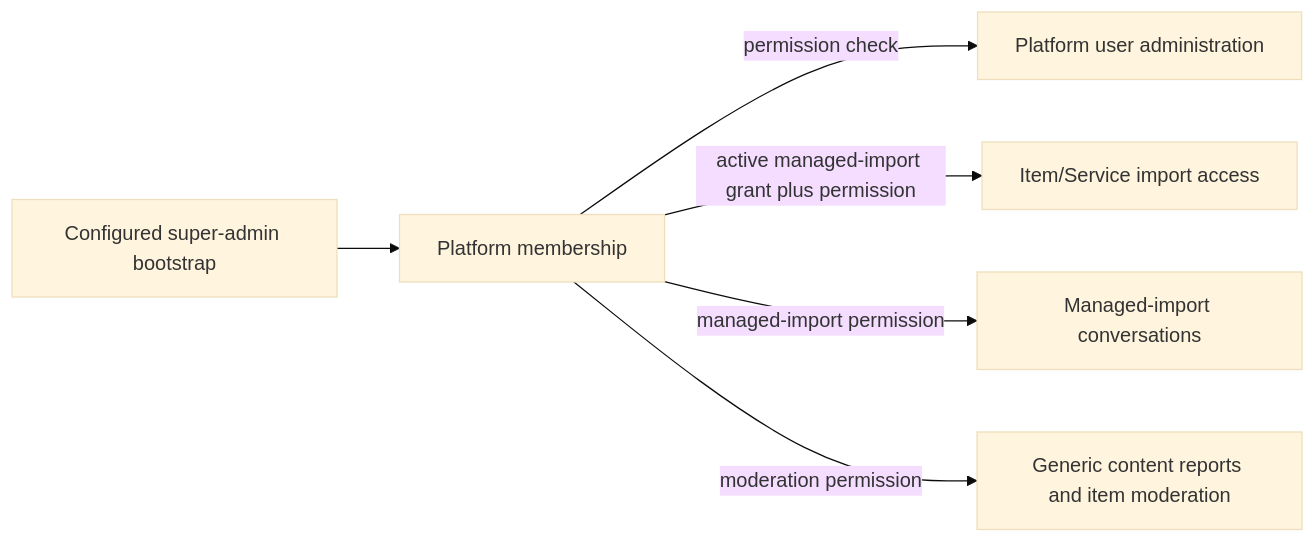
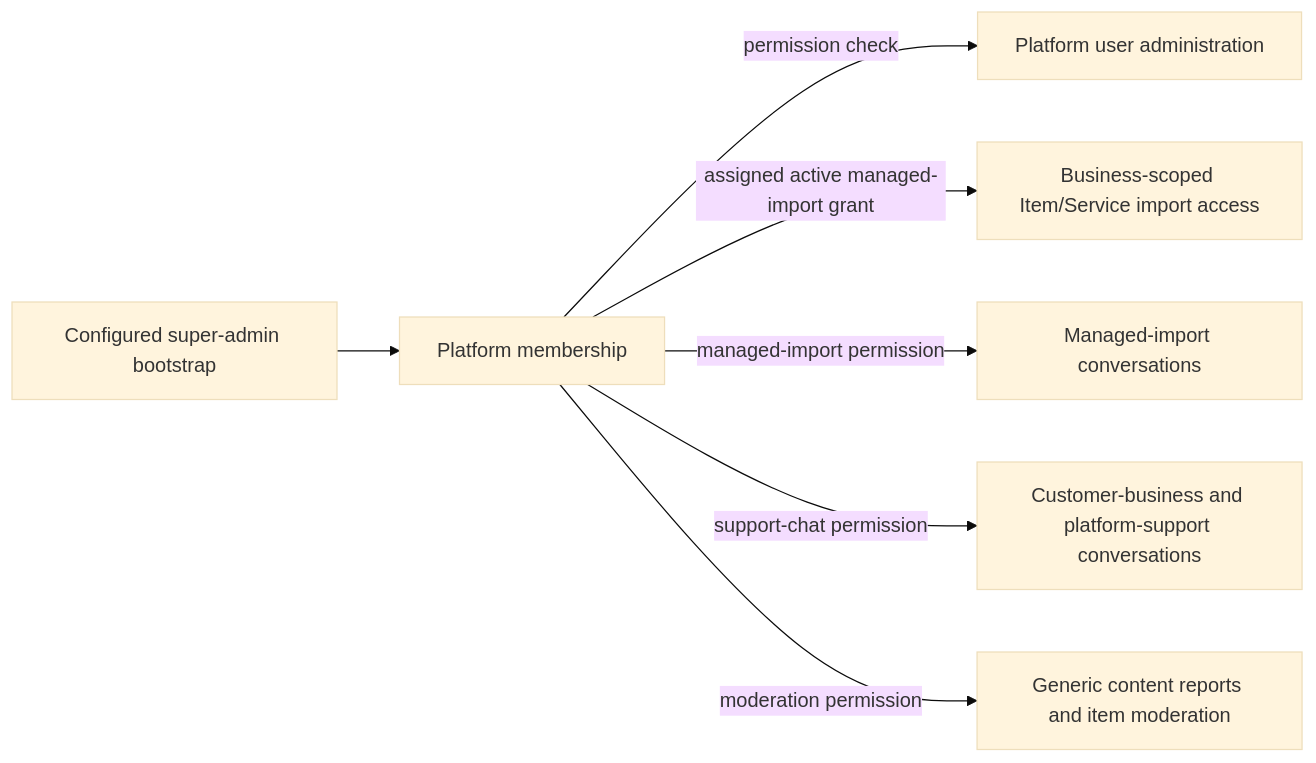
Before and after one commit to Siirio/AskBackend: the diagram in AI_Knowledge/features/platform/flow.md, drawn with Mermaid (base theme). The commit also changed other lines of this file and 113 other files, not shown here.

````diff
--- a/AI_Knowledge/features/platform/flow.md
+++ b/AI_Knowledge/features/platform/flow.md
@@ -3,8 +3,9 @@
 ```mermaid
 flowchart LR
     SA[Configured super-admin bootstrap] --> PM[Platform membership]
     PM -->|permission check| U[Platform user administration]
-    PM -->|active managed-import grant plus permission| CA[Item/Service import access]
+    PM -->|assigned active managed-import grant| CA[Business-scoped Item/Service import access]
     PM -->|managed-import permission| MC[Managed-import conversations]
+    PM -->|support-chat permission| SC[Customer-business and platform-support conversations]
     PM -->|moderation permission| CR[Generic content reports and item moderation]
 ```
````
